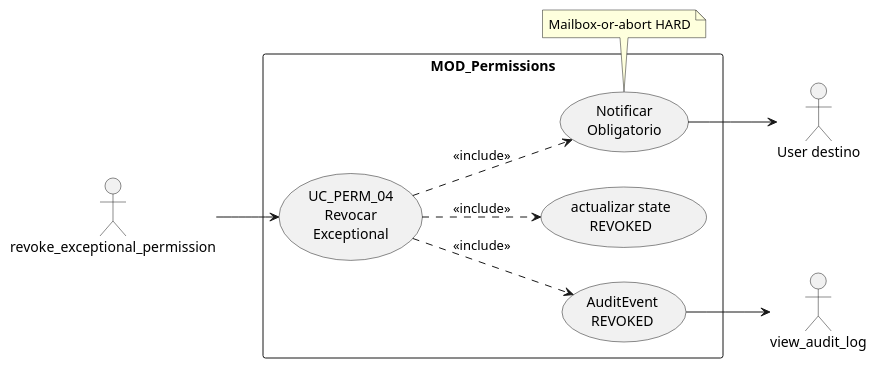
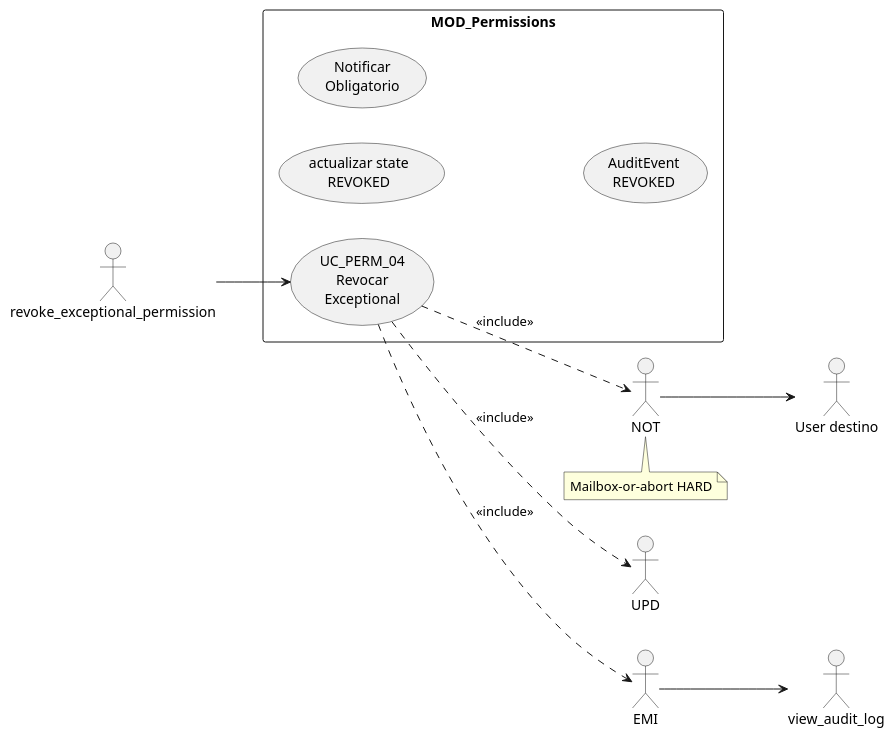
One commit to jcg-admin/IACT-docs changed the diagram in source/requisitos/casos-uso/permissions/uc-perm-04/diagramas-uml/diagrama-de-caso-de-uso.rst. Above: the diagram before and after it, drawn with PlantUML. The commit also changed 47 other files, not shown here.

First line of the commit message:
Fix cryptic PlantUML aliases in UC and architecture files (STD_011)

```diff
--- a/source/requisitos/casos-uso/permissions/uc-perm-04/diagramas-uml/diagrama-de-caso-de-uso.rst
+++ b/source/requisitos/casos-uso/permissions/uc-perm-04/diagramas-uml/diagrama-de-caso-de-uso.rst
@@ -4,29 +4,29 @@
 .. uml::
  :caption: UC_PERM_04 — actores
 
  @startuml
  left to right direction
 
  actor "revoke_exceptional_permission" as INVOKER
  actor "User destino" as TARGET
  actor "view_audit_log" as view_audit_log
 
  rectangle "MOD_Permissions" {
    usecase "UC_PERM_04\nRevocar\nExceptional" as UC04
-   usecase "actualizar state\nREVOKED" as UPD
-   usecase "Notificar\nObligatorio" as NOT
-   usecase "AuditEvent\nREVOKED" as EMI
+   usecase "actualizar state\nREVOKED" as ActualizarEntidad
+   usecase "Notificar\nObligatorio" as NotificacionMailbox
+   usecase "AuditEvent\nREVOKED" as AuditEmitter
  }
 
  INVOKER --> UC04
  UC04 ..> UPD : <<include>>
  UC04 ..> NOT : <<include>>
  UC04 ..> EMI : <<include>>
  NOT --> TARGET
  EMI --> view_audit_log
 
  note bottom of NOT
    Mailbox-or-abort HARD
  end note
 
  @enduml
```
